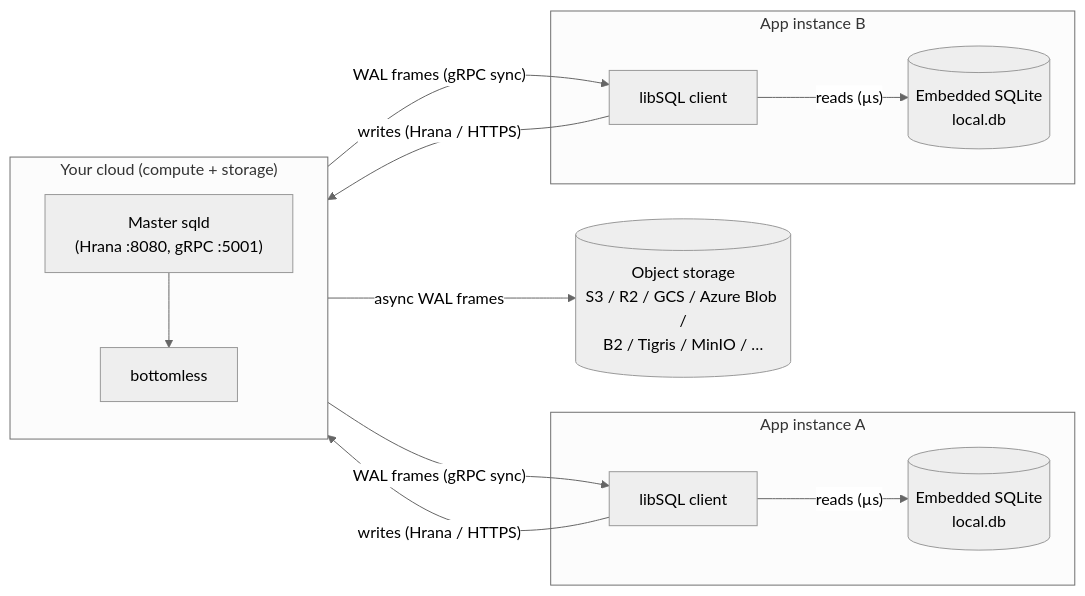
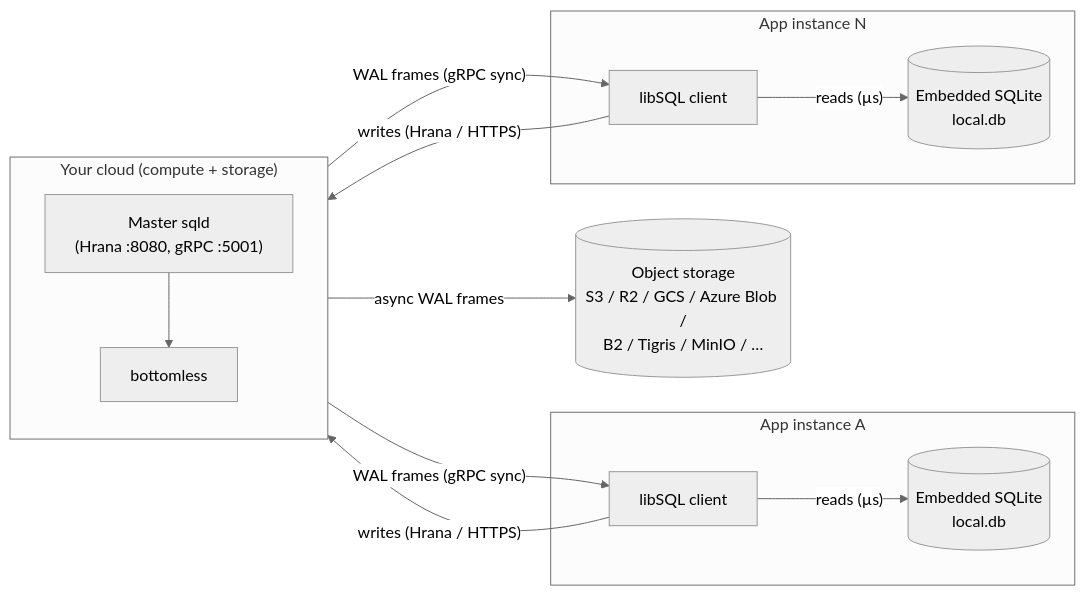
Before and after one commit to Khangdang1690/doc-site: the first of 2 diagrams in src/content/docs/guides/how-it-works.mdx, drawn with Mermaid (neutral theme).

Commit message:
docs(how-it-works): relabel second app box as instance N
Make it clear the architecture generalizes to any number of horizontally
scaled app instances, not specifically two.

````diff
--- a/src/content/docs/guides/how-it-works.mdx
+++ b/src/content/docs/guides/how-it-works.mdx
@@ -20,29 +20,29 @@
 ```mermaid
 flowchart LR
     subgraph appA["App instance A"]
         clientA["libSQL client"]
         embedA[("Embedded SQLite<br/>local.db")]
         clientA -- "reads (µs)" --> embedA
     end
 
-    subgraph appB["App instance B"]
-        clientB["libSQL client"]
-        embedB[("Embedded SQLite<br/>local.db")]
-        clientB -- "reads (µs)" --> embedB
+    subgraph appN["App instance N"]
+        clientN["libSQL client"]
+        embedN[("Embedded SQLite<br/>local.db")]
+        clientN -- "reads (µs)" --> embedN
     end
 
     subgraph cloud["Your cloud (compute + storage)"]
         direction TB
         master["Master sqld<br/>(Hrana :8080, gRPC :5001)"]
         bottomless["bottomless"]
         master --> bottomless
     end
 
     bucket[("Object storage<br/>S3 / R2 / GCS / Azure Blob /<br/>B2 / Tigris / MinIO / …")]
 
     clientA -- "writes (Hrana / HTTPS)" --> master
-    clientB -- "writes (Hrana / HTTPS)" --> master
+    clientN -- "writes (Hrana / HTTPS)" --> master
     master -- "WAL frames (gRPC sync)" --> clientA
-    master -- "WAL frames (gRPC sync)" --> clientB
+    master -- "WAL frames (gRPC sync)" --> clientN
     bottomless -- "async WAL frames" --> bucket
 ```
````
